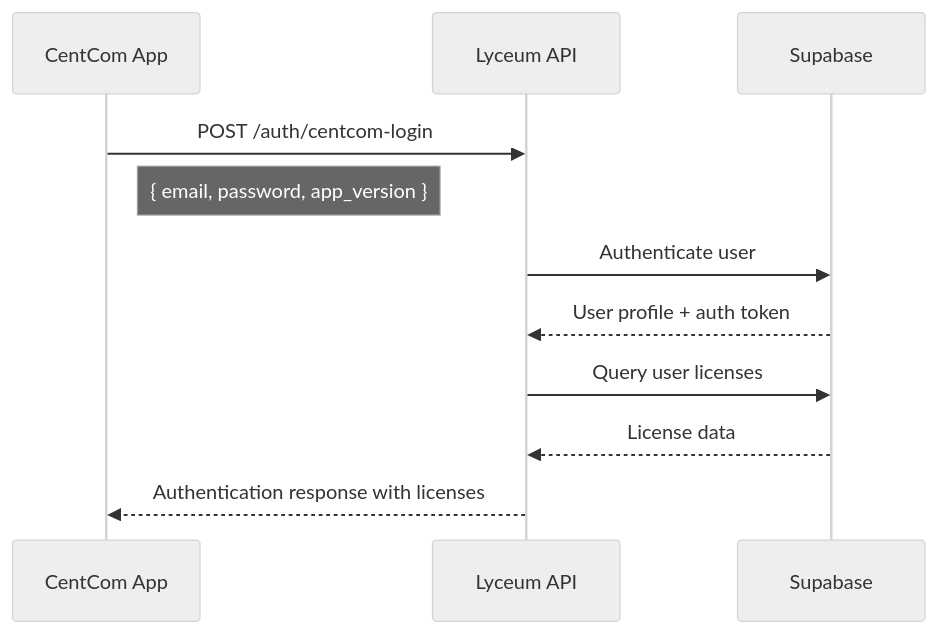
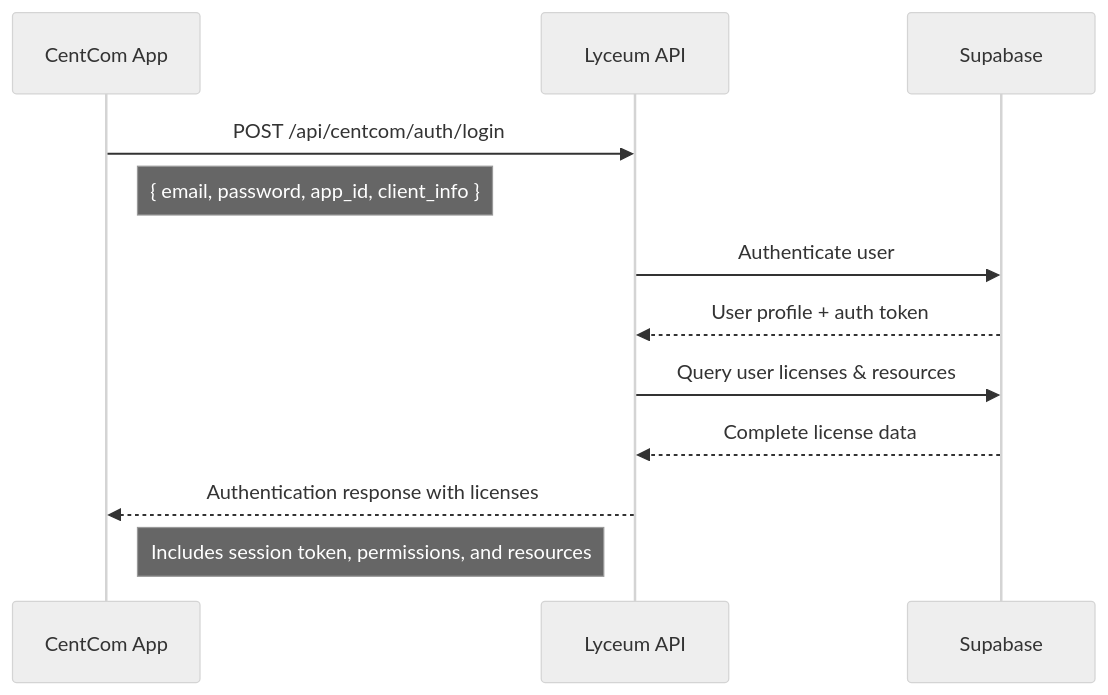
The first of 2 diagrams in CENTCOM_LICENSE_INTEGRATION_GUIDE.md (joshlevylabs/lyceum-web), drawn with Mermaid (neutral theme) before and after one commit. The commit also changed other lines of this file and 128 other files, not shown here.

````diff
--- a/CENTCOM_LICENSE_INTEGRATION_GUIDE.md
+++ b/CENTCOM_LICENSE_INTEGRATION_GUIDE.md
@@ -11,14 +11,15 @@
 ```mermaid
 sequenceDiagram
     participant C as CentCom App
     participant L as Lyceum API
     participant S as Supabase
     
-    C->>L: POST /auth/centcom-login
-    Note right of C: { email, password, app_version }
+    C->>L: POST /api/centcom/auth/login
+    Note right of C: { email, password, app_id, client_info }
     L->>S: Authenticate user
     S-->>L: User profile + auth token
-    L->>S: Query user licenses
-    S-->>L: License data
+    L->>S: Query user licenses & resources
+    S-->>L: Complete license data
     L-->>C: Authentication response with licenses
+    Note left of L: Includes session token, permissions, and resources
 ```
````
